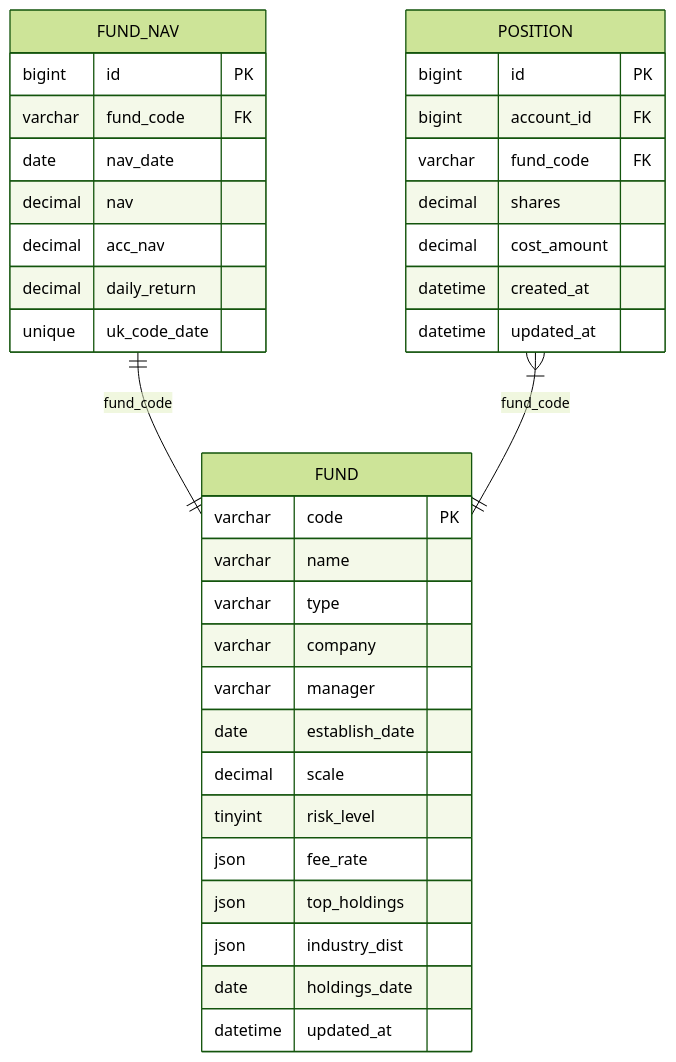
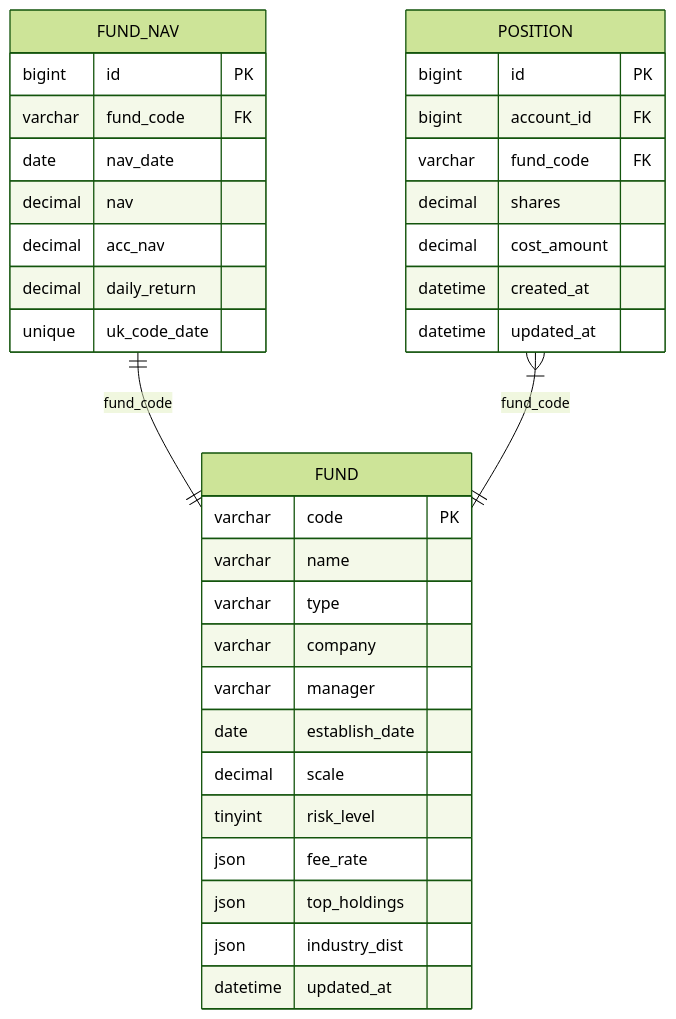
One commit to gree-coder/fund-butler changed diagram 12 of 12 in .qoder/repowiki/zh/content/Fund Detail Enhancement.md. Above: the diagram before and after it, drawn with Mermaid (forest theme). The commit also changed other lines of this file and 21 other files, not shown here.

````diff
--- a/.qoder/repowiki/zh/content/Fund Detail Enhancement.md
+++ b/.qoder/repowiki/zh/content/Fund Detail Enhancement.md
@@ -597,38 +600,37 @@
 ```mermaid
 erDiagram
 FUND {
 varchar code PK
 varchar name
 varchar type
 varchar company
 varchar manager
 date establish_date
 decimal scale
 tinyint risk_level
 json fee_rate
 json top_holdings
 json industry_dist
-date holdings_date
 datetime updated_at
 }
 FUND_NAV {
 bigint id PK
 varchar fund_code FK
 date nav_date
 decimal nav
 decimal acc_nav
 decimal daily_return
 unique uk_code_date
 }
 POSITION {
 bigint id PK
 bigint account_id FK
 varchar fund_code FK
 decimal shares
 decimal cost_amount
 datetime created_at
 datetime updated_at
 }
 FUND_NAV ||--|| FUND : "fund_code"
 POSITION }|--|| FUND : "fund_code"
 ```
````
